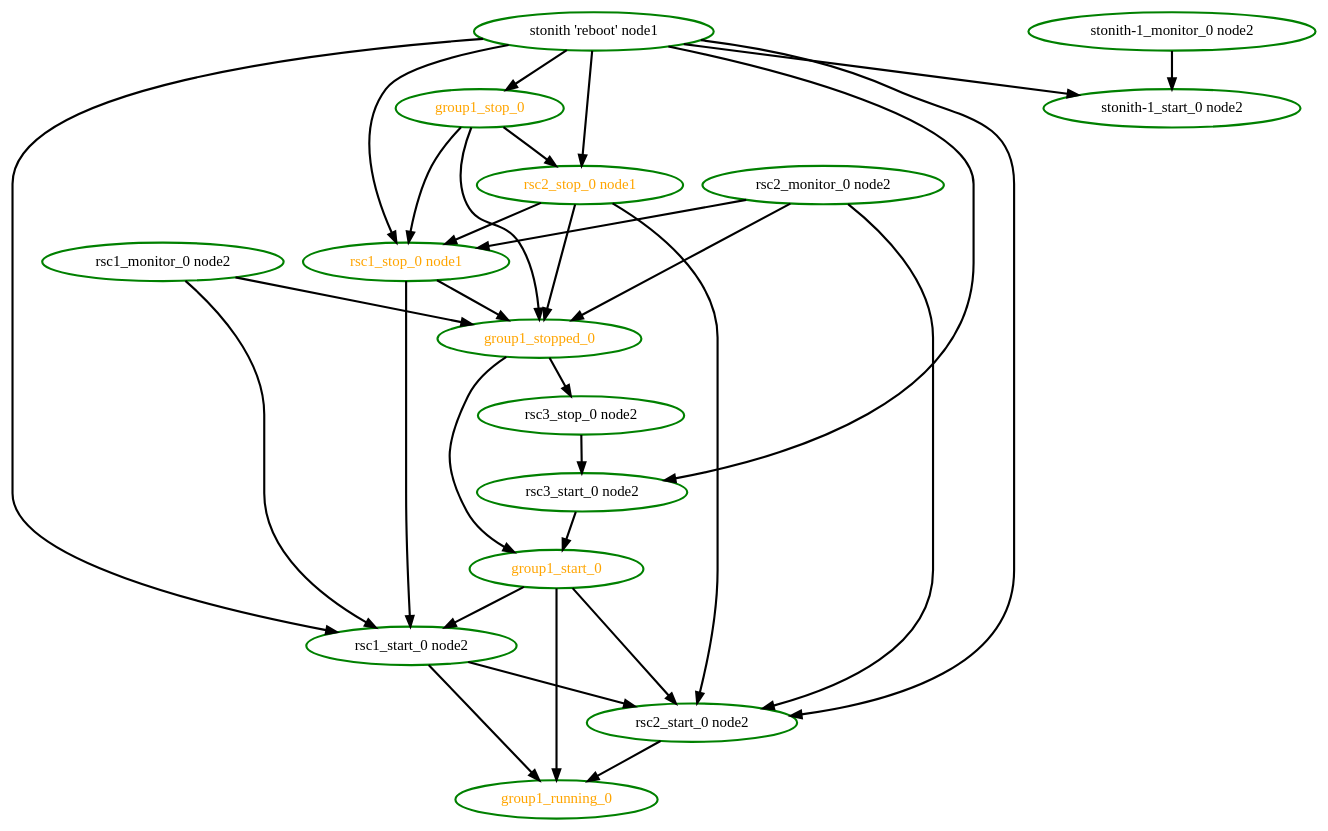
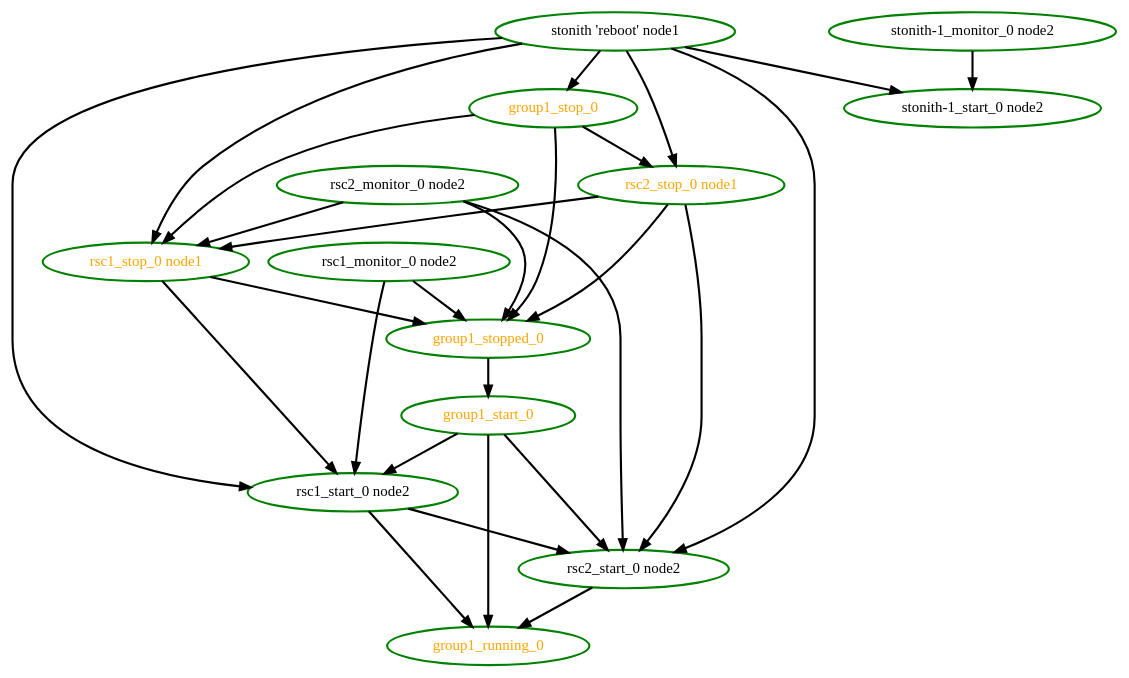
Before and after one commit to ClusterLabs/pacemaker: the diagram in cts/scheduler/dot/rec-node-11.dot, drawn with Graphviz. The commit also changed 19 other files, not shown here.

```diff
--- a/cts/scheduler/dot/rec-node-11.dot
+++ b/cts/scheduler/dot/rec-node-11.dot
@@ -1,48 +1,42 @@
  digraph "g" {
 "group1_running_0" [ style=bold color="green" fontcolor="orange"]
 "group1_start_0" -> "group1_running_0" [ style = bold]
 "group1_start_0" -> "rsc1_start_0 node2" [ style = bold]
 "group1_start_0" -> "rsc2_start_0 node2" [ style = bold]
 "group1_start_0" [ style=bold color="green" fontcolor="orange"]
 "group1_stop_0" -> "group1_stopped_0" [ style = bold]
 "group1_stop_0" -> "rsc1_stop_0 node1" [ style = bold]
 "group1_stop_0" -> "rsc2_stop_0 node1" [ style = bold]
 "group1_stop_0" [ style=bold color="green" fontcolor="orange"]
 "group1_stopped_0" -> "group1_start_0" [ style = bold]
-"group1_stopped_0" -> "rsc3_stop_0 node2" [ style = bold]
 "group1_stopped_0" [ style=bold color="green" fontcolor="orange"]
 "rsc1_monitor_0 node2" -> "group1_stopped_0" [ style = bold]
 "rsc1_monitor_0 node2" -> "rsc1_start_0 node2" [ style = bold]
 "rsc1_monitor_0 node2" [ style=bold color="green" fontcolor="black"]
 "rsc1_start_0 node2" -> "group1_running_0" [ style = bold]
 "rsc1_start_0 node2" -> "rsc2_start_0 node2" [ style = bold]
 "rsc1_start_0 node2" [ style=bold color="green" fontcolor="black"]
 "rsc1_stop_0 node1" -> "group1_stopped_0" [ style = bold]
 "rsc1_stop_0 node1" -> "rsc1_start_0 node2" [ style = bold]
 "rsc1_stop_0 node1" [ style=bold color="green" fontcolor="orange"]
 "rsc2_monitor_0 node2" -> "group1_stopped_0" [ style = bold]
 "rsc2_monitor_0 node2" -> "rsc1_stop_0 node1" [ style = bold]
 "rsc2_monitor_0 node2" -> "rsc2_start_0 node2" [ style = bold]
 "rsc2_monitor_0 node2" [ style=bold color="green" fontcolor="black"]
 "rsc2_start_0 node2" -> "group1_running_0" [ style = bold]
 "rsc2_start_0 node2" [ style=bold color="green" fontcolor="black"]
 "rsc2_stop_0 node1" -> "group1_stopped_0" [ style = bold]
 "rsc2_stop_0 node1" -> "rsc1_stop_0 node1" [ style = bold]
 "rsc2_stop_0 node1" -> "rsc2_start_0 node2" [ style = bold]
 "rsc2_stop_0 node1" [ style=bold color="green" fontcolor="orange"]
-"rsc3_start_0 node2" -> "group1_start_0" [ style = bold]
-"rsc3_start_0 node2" [ style=bold color="green" fontcolor="black"]
-"rsc3_stop_0 node2" -> "rsc3_start_0 node2" [ style = bold]
-"rsc3_stop_0 node2" [ style=bold color="green" fontcolor="black"]
 "stonith 'reboot' node1" -> "group1_stop_0" [ style = bold]
 "stonith 'reboot' node1" -> "rsc1_start_0 node2" [ style = bold]
 "stonith 'reboot' node1" -> "rsc1_stop_0 node1" [ style = bold]
 "stonith 'reboot' node1" -> "rsc2_start_0 node2" [ style = bold]
 "stonith 'reboot' node1" -> "rsc2_stop_0 node1" [ style = bold]
-"stonith 'reboot' node1" -> "rsc3_start_0 node2" [ style = bold]
 "stonith 'reboot' node1" -> "stonith-1_start_0 node2" [ style = bold]
 "stonith 'reboot' node1" [ style=bold color="green" fontcolor="black"]
 "stonith-1_monitor_0 node2" -> "stonith-1_start_0 node2" [ style = bold]
 "stonith-1_monitor_0 node2" [ style=bold color="green" fontcolor="black"]
 "stonith-1_start_0 node2" [ style=bold color="green" fontcolor="black"]
 }
```
